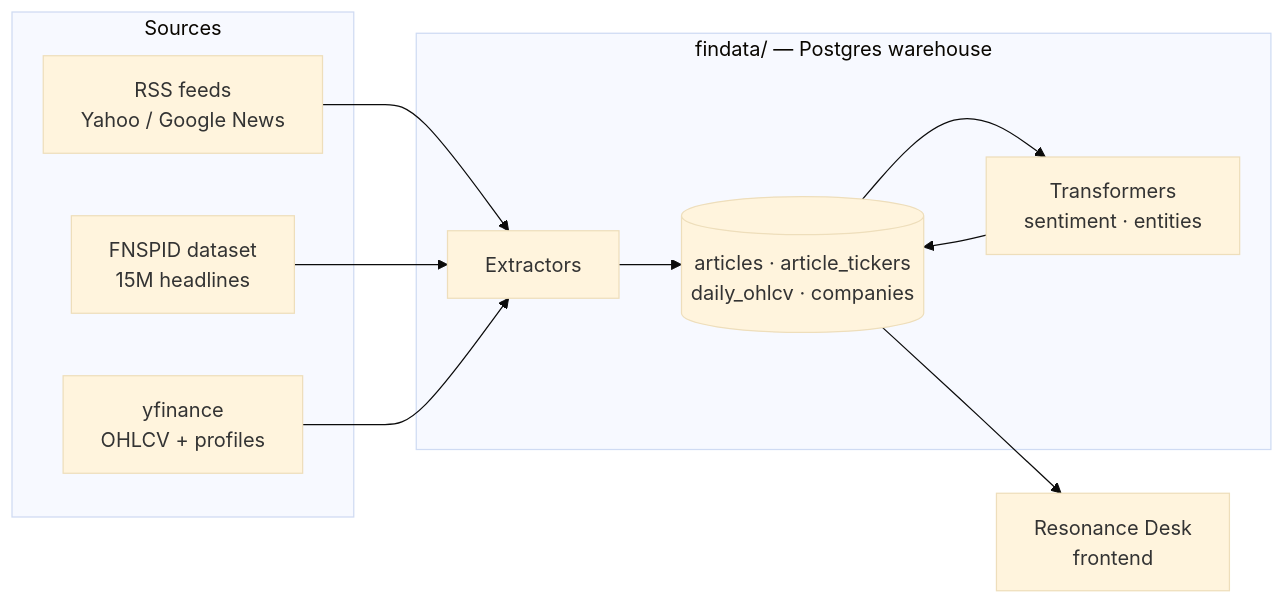
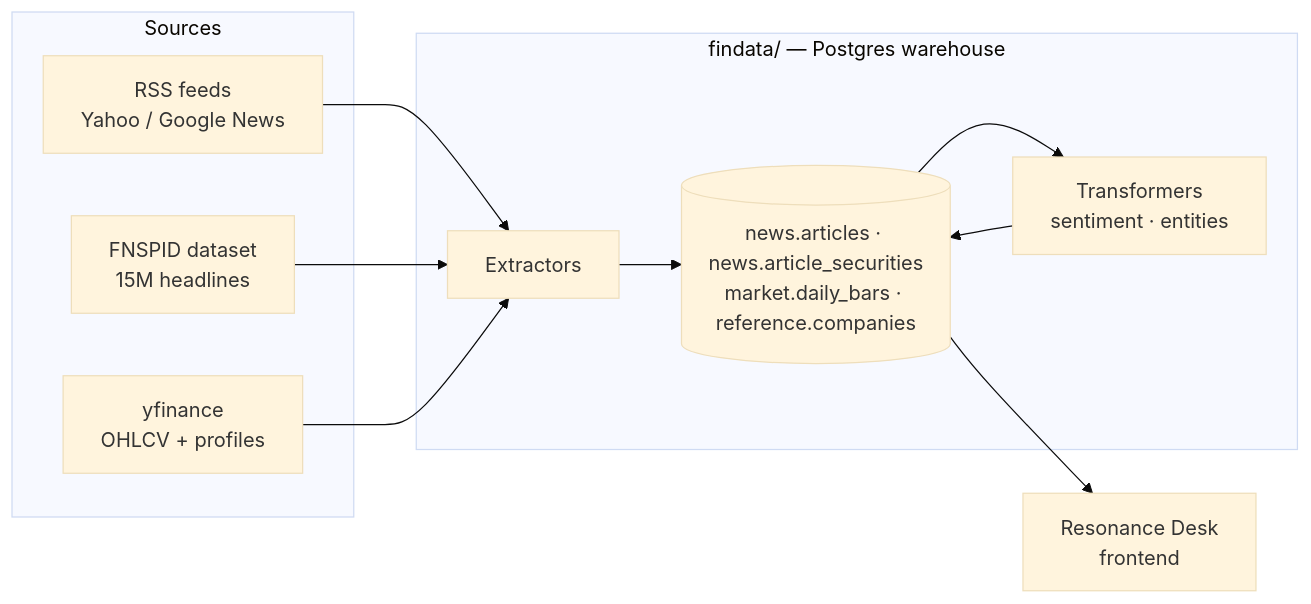
Before and after one commit to Steeveyboy/Financial_Tools: the diagram in README.md, drawn with Mermaid (base theme). The commit also changed other lines of this file and 7 other files, not shown here.

Commit message:
update docs for schema rebuild; add DATA_MODEL naming standard

````diff
--- a/README.md
+++ b/README.md
@@ -10,16 +10,16 @@
 ```mermaid
 flowchart LR
     subgraph Sources
         RSS[RSS feeds<br/>Yahoo / Google News]
         FNSPID[FNSPID dataset<br/>15M headlines]
         YF[yfinance<br/>OHLCV + profiles]
     end
     subgraph findata["findata/ — Postgres warehouse"]
-        EX[Extractors] --> DB[(articles · article_tickers<br/>daily_ohlcv · companies)]
+        EX[Extractors] --> DB[(news.articles · news.article_securities<br/>market.daily_bars · reference.companies)]
         DB --> TR[Transformers<br/>sentiment · entities] --> DB
     end
     RSS --> EX
     FNSPID --> EX
     YF --> EX
     DB --> RD[Resonance Desk<br/>frontend]
 ```
````
